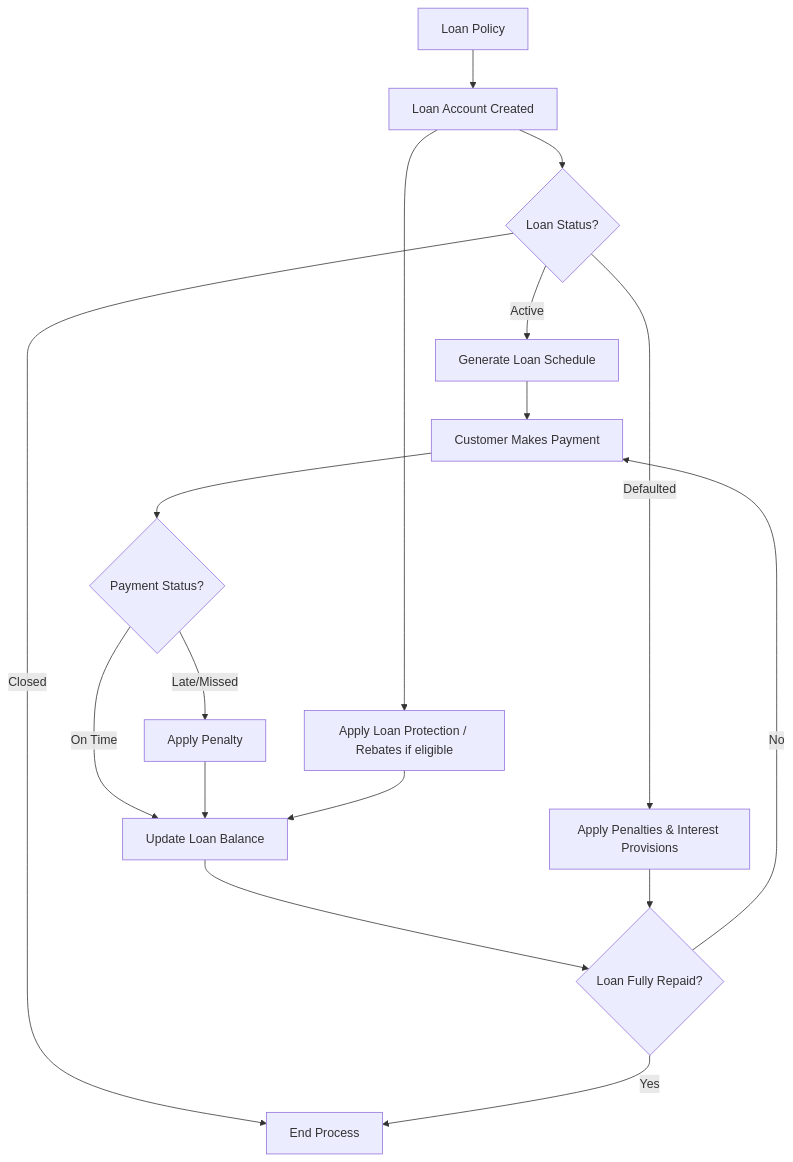
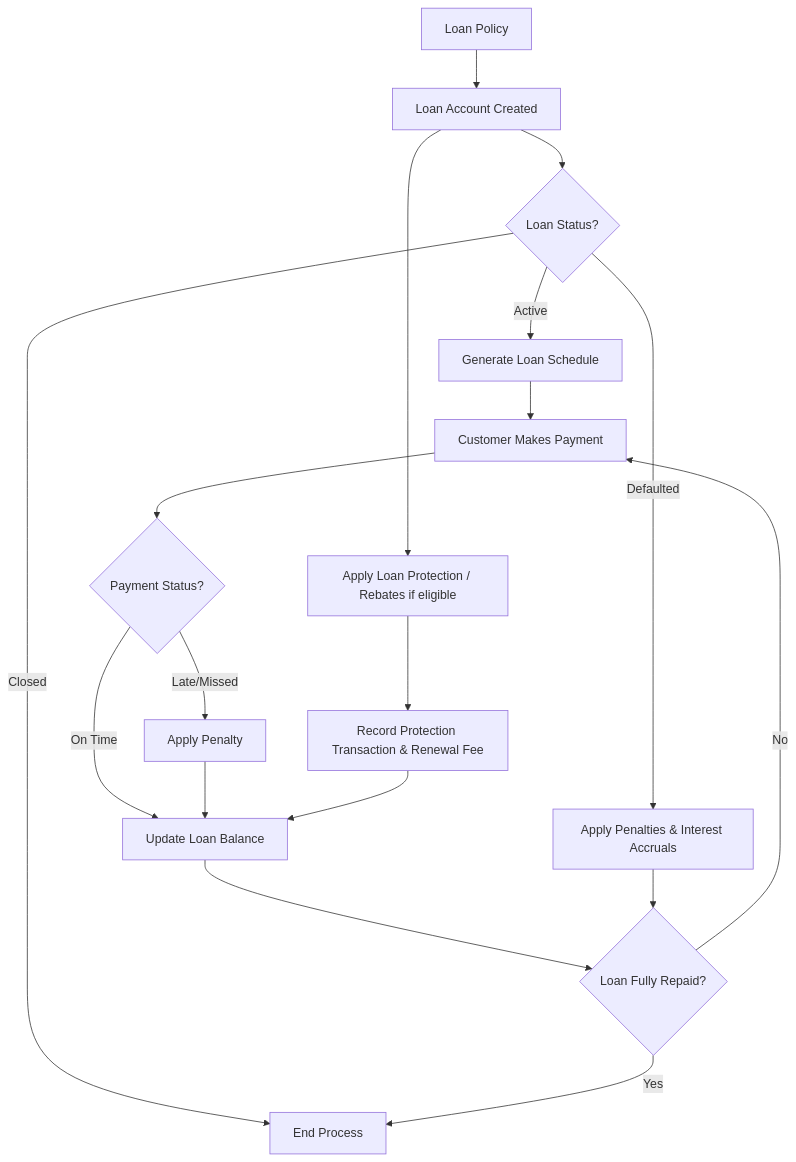
The second of 2 diagrams in _docs/schema_v1/007_loan_management.md (Newton-Mitro/cu_core), drawn with Mermaid before and after one commit. The commit also changed other lines of this file and 7 other files, not shown here.

````diff
--- a/_docs/schema_v1/007_loan_management.md
+++ b/_docs/schema_v1/007_loan_management.md
@@ -119,22 +212,23 @@
 ```mermaid
 flowchart TD
     A[Loan Policy] --> B[Loan Account Created]
     B --> C{Loan Status?}
     C -->|Active| D[Generate Loan Schedule]
     C -->|Closed| Z[End Process]
-    C -->|Defaulted| Y[Apply Penalties & Interest Provisions]
+    C -->|Defaulted| Y[Apply Penalties & Interest Accruals]
 
     D --> E[Customer Makes Payment]
     E --> F{Payment Status?}
     F -->|On Time| G[Update Loan Balance]
     F -->|Late/Missed| H[Apply Penalty]
     H --> G
 
     G --> I{Loan Fully Repaid?}
     I -->|No| E
     I -->|Yes| Z
 
     Y --> I
     B --> J[Apply Loan Protection / Rebates if eligible]
-    J --> G
+    J --> K[Record Protection Transaction & Renewal Fee]
+    K --> G
 ```
````
